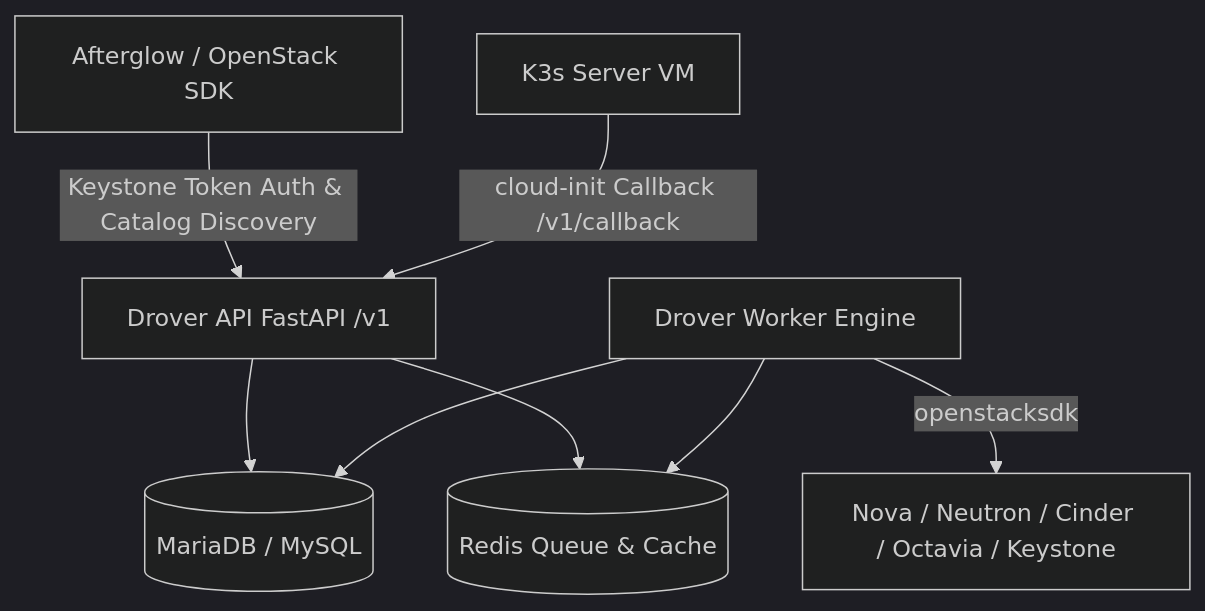
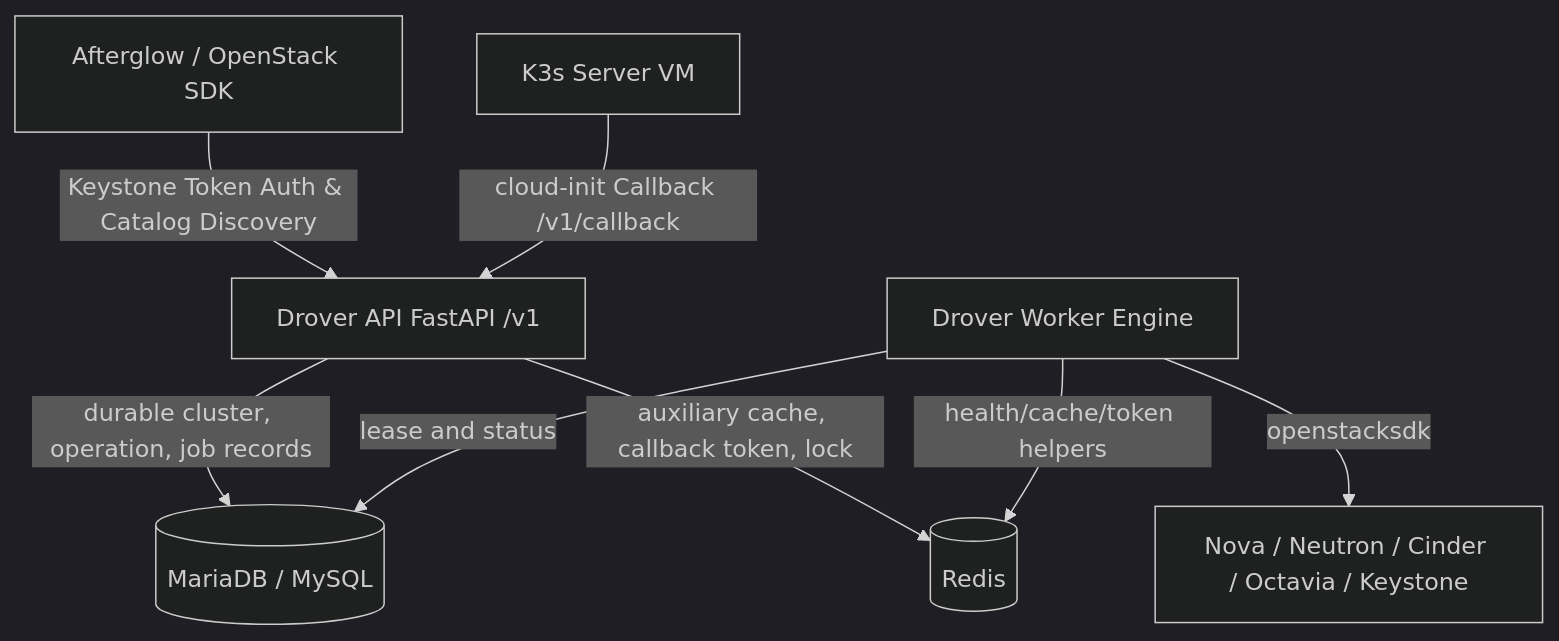
One commit to openstack-afterglow/drover changed the diagram in docs/README.md. Above: the diagram before and after it, drawn with Mermaid (dark theme). The commit also changed other lines of this file and 11 other files, not shown here.

````diff
--- a/docs/README.md
+++ b/docs/README.md
@@ -36,10 +40,10 @@
 ```mermaid
 graph TD
     Client[Afterglow / OpenStack SDK] -->|Keystone Token Auth & Catalog Discovery| API[Drover API FastAPI /v1]
-    API --> DB[(MariaDB / MySQL)]
-    API --> Redis[(Redis Queue & Cache)]
-    Worker[Drover Worker Engine] --> DB
-    Worker --> Redis
+    API -->|durable cluster, operation, job records| DB[(MariaDB / MySQL)]
+    API -->|auxiliary cache, callback token, lock| Redis[(Redis)]
+    Worker[Drover Worker Engine] -->|lease and status| DB
+    Worker -->|health/cache/token helpers| Redis
     Worker -->|openstacksdk| OpenStack[Nova / Neutron / Cinder / Octavia / Keystone]
     K3sServer[K3s Server VM] -->|cloud-init Callback /v1/callback| API
 ```
````
